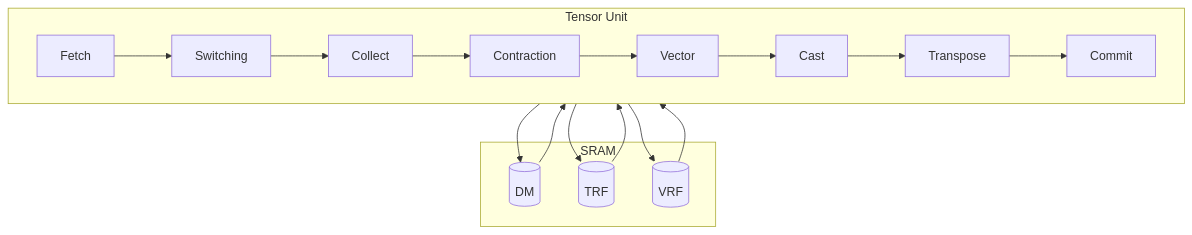
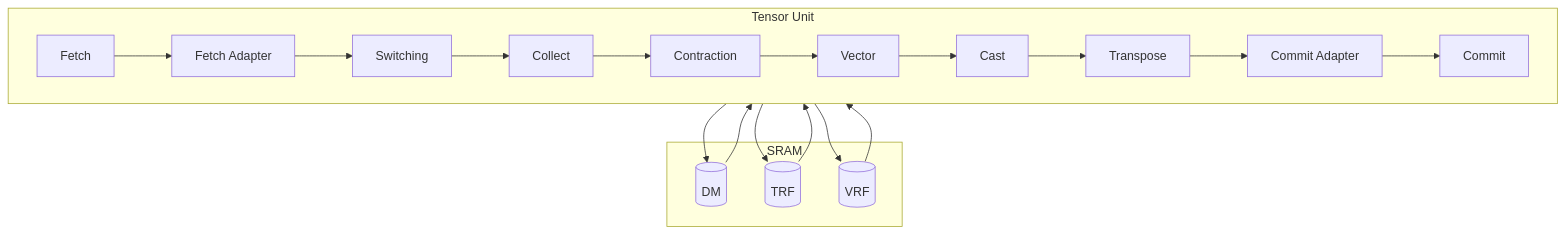
Before and after one commit to furiosa-ai/furiosa-opt: the diagram in docs/src/computing-tensors/index.md, drawn with Mermaid. The commit also changed other lines of this file and 165 other files, not shown here.

````diff
--- a/docs/src/computing-tensors/index.md
+++ b/docs/src/computing-tensors/index.md
@@ -13,25 +13,27 @@
 ```mermaid
 flowchart TB
     subgraph SRAM
         DM[(DM)] & TRF[(TRF)] & VRF[(VRF)]
     end
 
     subgraph TU[Tensor Unit]
         direction LR
-        FE[Fetch] --> SW[Switching] --> CO[Collect] --> CE[Contraction] --> VE[Vector] --> CA[Cast] --> TR[Transpose] --> CM[Commit]
+        FE[Fetch] --> FA[Fetch Adapter] --> SW[Switching] --> CO[Collect] --> CE[Contraction] --> VE[Vector] --> CA[Cast] --> TR[Transpose] --> CMA[Commit Adapter] --> CM[Commit]
     end
 
     DM --> FE
     CM --> DM
     CO --> TRF --> CE
     CO --> VRF --> VE
 
     click FE "../moving-tensors/fetch-engine.html" "Fetch Engine"
+    click FA "./fetch-adapter.html" "Fetch Adapter"
     click SW "./switch-engine.html" "Switch Engine"
     click CO "./collect-engine.html" "Collect Engine"
     click CE "./contraction-engine/index.html" "Contraction Engine"
     click VE "./vector-engine/index.html" "Vector Engine"
     click CA "./cast-engine.html" "Cast Engine"
     click TR "./transpose-engine.html" "Transpose Engine"
+    click CMA "./commit-adapter.html" "Commit Adapter"
     click CM "../moving-tensors/commit-engine.html" "Commit Engine"
 ```
````
